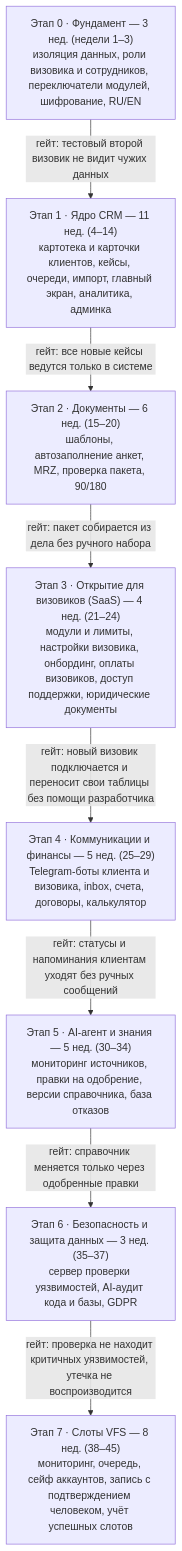
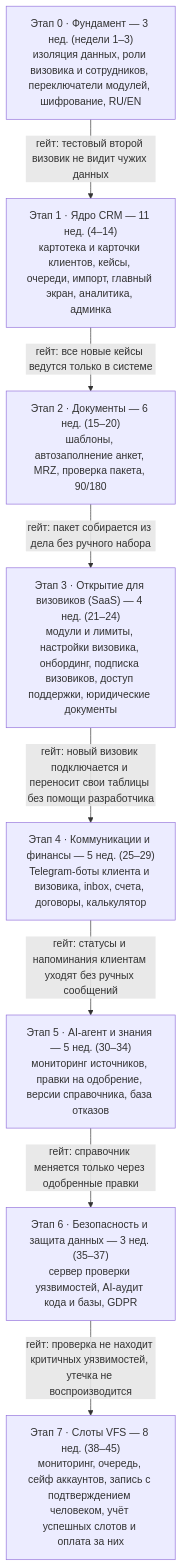
Before and after one commit to SvamiBog/visa_crm: the third of 3 diagrams in docs/PRD.md, drawn with Mermaid. The commit also changed other lines of this file and 4 other files, not shown here.

````diff
--- a/docs/PRD.md
+++ b/docs/PRD.md
@@ -259,18 +261,18 @@
 ```mermaid
 flowchart TB
   P0["Этап 0 · Фундамент — 3 нед. (недели 1–3)<br/>изоляция данных, роли визовика и сотрудников, переключатели модулей, шифрование, RU/EN"]
   P1["Этап 1 · Ядро CRM — 11 нед. (4–14)<br/>картотека и карточки клиентов, кейсы, очереди, импорт, главный экран, аналитика, админка"]
   P2["Этап 2 · Документы — 6 нед. (15–20)<br/>шаблоны, автозаполнение анкет, MRZ, проверка пакета, 90/180"]
-  P3["Этап 3 · Открытие для визовиков (SaaS) — 4 нед. (21–24)<br/>модули и лимиты, настройки визовика, онбординг, оплаты визовиков, доступ поддержки, юридические документы"]
+  P3["Этап 3 · Открытие для визовиков (SaaS) — 4 нед. (21–24)<br/>модули и лимиты, настройки визовика, онбординг, подписка визовиков, доступ поддержки, юридические документы"]
   P4["Этап 4 · Коммуникации и финансы — 5 нед. (25–29)<br/>Telegram-боты клиента и визовика, inbox, счета, договоры, калькулятор"]
   P5["Этап 5 · AI-агент и знания — 5 нед. (30–34)<br/>мониторинг источников, правки на одобрение, версии справочника, база отказов"]
   P6["Этап 6 · Безопасность и защита данных — 3 нед. (35–37)<br/>сервер проверки уязвимостей, AI-аудит кода и базы, GDPR"]
-  P7["Этап 7 · Слоты VFS — 8 нед. (38–45)<br/>мониторинг, очередь, сейф аккаунтов, запись с подтверждением человеком, учёт успешных слотов"]
+  P7["Этап 7 · Слоты VFS — 8 нед. (38–45)<br/>мониторинг, очередь, сейф аккаунтов, запись с подтверждением человеком, учёт успешных слотов и оплата за них"]
   P0 -->|"гейт: тестовый второй визовик не видит чужих данных"| P1
   P1 -->|"гейт: все новые кейсы ведутся только в системе"| P2
   P2 -->|"гейт: пакет собирается из дела без ручного набора"| P3
   P3 -->|"гейт: новый визовик подключается и переносит свои таблицы без помощи разработчика"| P4
   P4 -->|"гейт: статусы и напоминания клиентам уходят без ручных сообщений"| P5
   P5 -->|"гейт: справочник меняется только через одобренные правки"| P6
   P6 -->|"гейт: проверка не находит критичных уязвимостей, утечка не воспроизводится"| P7
 ```
````
